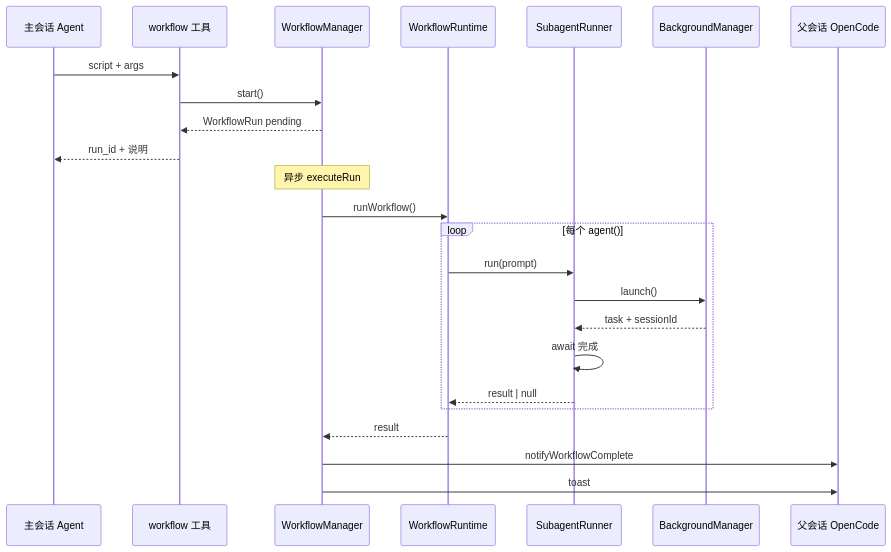
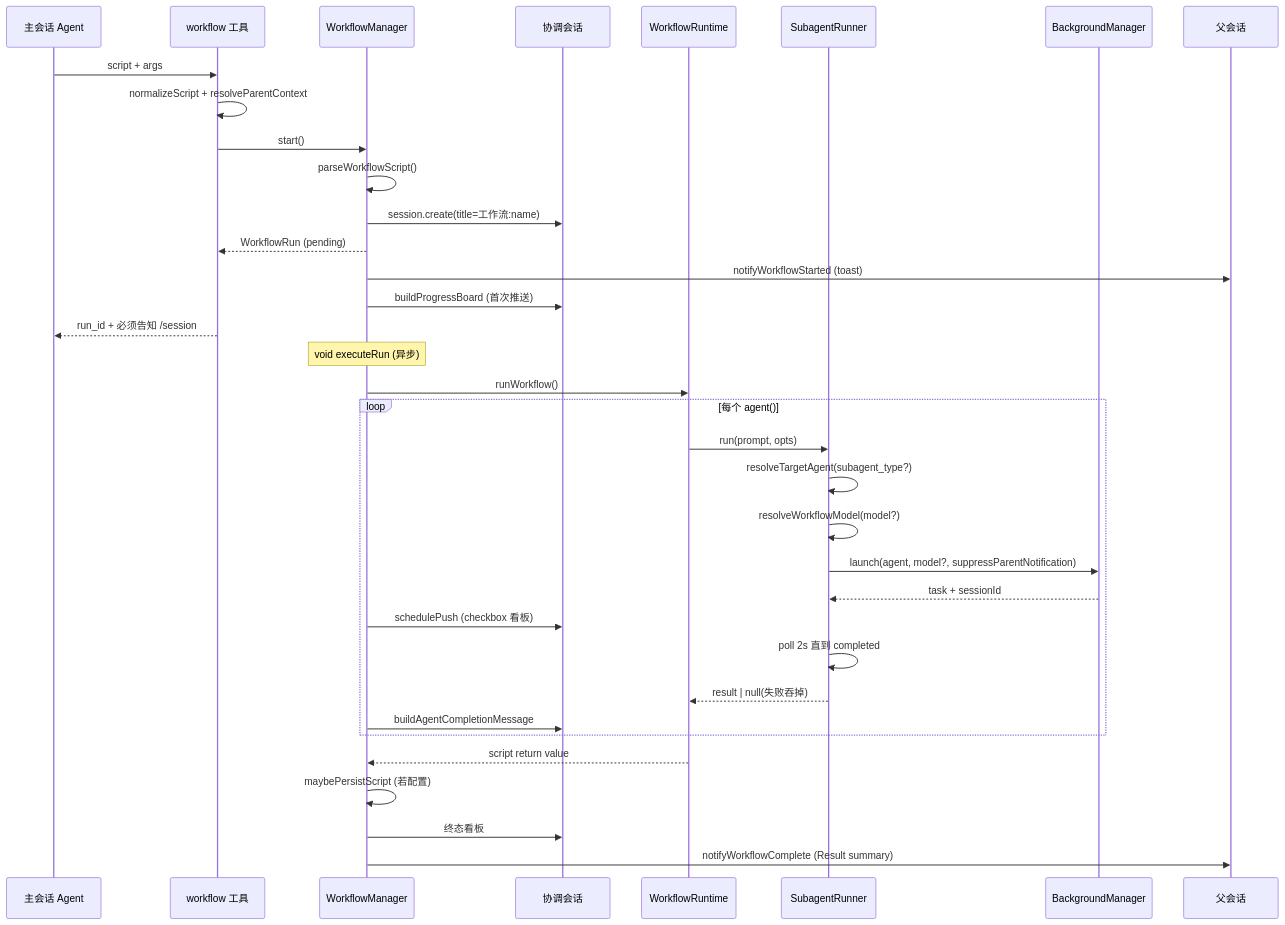
The sixth of 10 diagrams in docs/superpowers/specs/2026-06-03-dynamic-workflow-design.md (Arlen122/oh-my-openagent), drawn with Mermaid before and after one commit. The commit also changed other lines of this file and 3 other files, not shown here.

````diff
--- a/docs/superpowers/specs/2026-06-03-dynamic-workflow-design.md
+++ b/docs/superpowers/specs/2026-06-03-dynamic-workflow-design.md
@@ -414,27 +331,39 @@
 ```mermaid
 sequenceDiagram
-  participant Main as 主会话 Agent
-  participant Tool as workflow 工具
+  participant MA as 主会话 Agent
+  participant WT as workflow 工具
   participant WM as WorkflowManager
+  participant CS as 协调会话
   participant RT as WorkflowRuntime
   participant SR as SubagentRunner
   participant BM as BackgroundManager
-  participant Parent as 父会话 OpenCode
+  participant PS as 父会话
 
-  Main->>Tool: script + args
-  Tool->>WM: start()
-  WM-->>Tool: WorkflowRun pending
-  Tool-->>Main: run_id + 说明
-  Note over WM: 异步 executeRun
+  MA->>WT: script + args
+  WT->>WT: normalizeScript + resolveParentContext
+  WT->>WM: start()
+  WM->>WM: parseWorkflowScript()
+  WM->>CS: session.create(title=工作流:name)
+  WM-->>WT: WorkflowRun (pending)
+  WM->>PS: notifyWorkflowStarted (toast)
+  WM->>CS: buildProgressBoard (首次推送)
+  WT-->>MA: run_id + 必须告知 /session
+
+  Note over WM: void executeRun (异步)
   WM->>RT: runWorkflow()
   loop 每个 agent()
-    RT->>SR: run(prompt)
-    SR->>BM: launch()
+    RT->>SR: run(prompt, opts)
+    SR->>SR: resolveTargetAgent(subagent_type?)
+    SR->>SR: resolveWorkflowModel(model?)
+    SR->>BM: launch(agent, model?, suppressParentNotification)
     BM-->>SR: task + sessionId
-    SR->>SR: await 完成
-    SR-->>RT: result | null
+    WM->>CS: schedulePush (checkbox 看板)
+    SR->>SR: poll 2s 直到 completed
+    SR-->>RT: result | null(失败吞掉)
+    WM->>CS: buildAgentCompletionMessage
   end
-  RT-->>WM: result
-  WM->>Parent: notifyWorkflowComplete
-  WM->>Parent: toast
+  RT-->>WM: script return value
+  WM->>WM: maybePersistScript (若配置)
+  WM->>CS: 终态看板
+  WM->>PS: notifyWorkflowComplete (Result summary)
 ```
````
